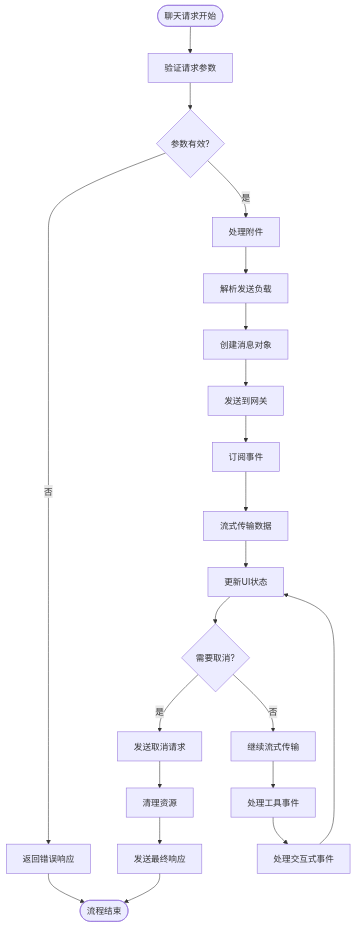
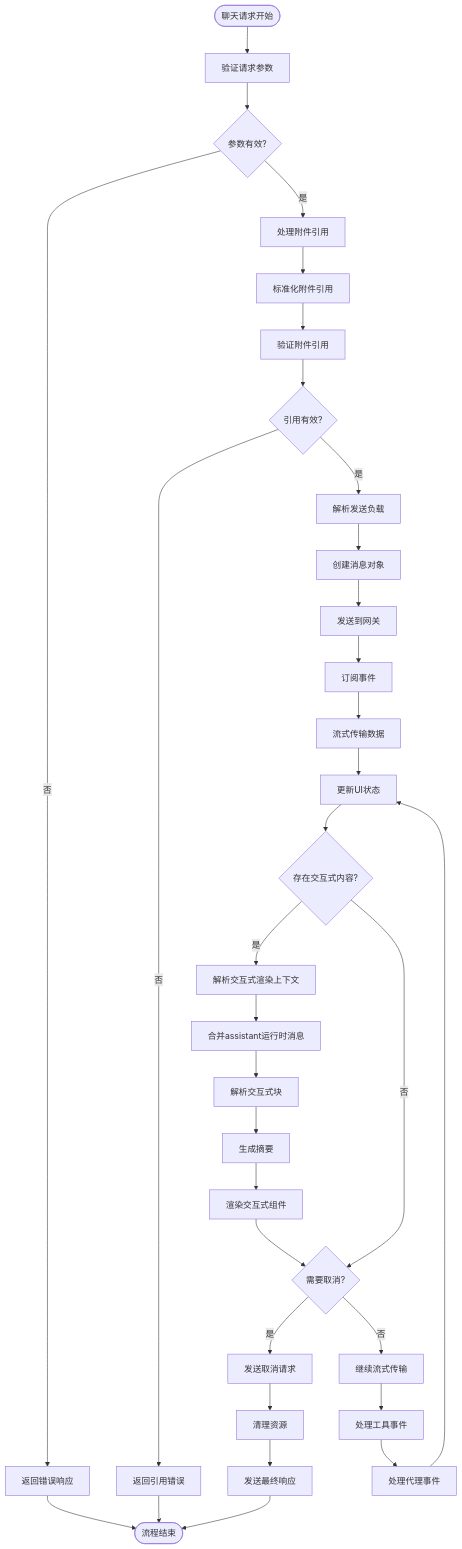
Before and after one commit to verse-ai-org/openclaw: the third of 39 diagrams in .qoder/repowiki/zh/content/Web界面/WebChat界面/聊天运行时提供者增强/聊天运行时提供者增强.md, drawn with Mermaid. The commit also changed other lines of this file and 86 other files, not shown here.

````diff
--- a/.qoder/repowiki/zh/content/Web界面/WebChat界面/聊天运行时提供者增强/聊天运行时提供者增强.md
+++ b/.qoder/repowiki/zh/content/Web界面/WebChat界面/聊天运行时提供者增强/聊天运行时提供者增强.md
@@ -272,23 +319,35 @@
 ```mermaid
 flowchart TD
 Start([聊天请求开始]) --> Validate["验证请求参数"]
 Validate --> Valid{"参数有效?"}
 Valid --> |否| ErrorResponse["返回错误响应"]
-Valid --> |是| ProcessAttachments["处理附件"]
-ProcessAttachments --> ParsePayload["解析发送负载"]
+Valid --> |是| ProcessAttachments["处理附件引用"]
+ProcessAttachments --> NormalizeRefs["标准化附件引用"]
+NormalizeRefs --> ValidateRefs["验证附件引用"]
+ValidateRefs --> ValidRefs{"引用有效?"}
+ValidRefs --> |否| RefError["返回引用错误"]
+ValidRefs --> |是| ParsePayload["解析发送负载"]
 ParsePayload --> CreateMessage["创建消息对象"]
 CreateMessage --> SendToGateway["发送到网关"]
 SendToGateway --> SubscribeToEvents["订阅事件"]
 SubscribeToEvents --> StreamData["流式传输数据"]
 StreamData --> UpdateUI["更新UI状态"]
-UpdateUI --> CheckCancel{"需要取消?"}
+UpdateUI --> CheckInteractive{"存在交互式内容?"}
+CheckInteractive --> |是| ResolveContext["解析交互式渲染上下文"]
+ResolveContext --> MergeAssistant["合并assistant运行时消息"]
+MergeAssistant --> ParseInteractive["解析交互式块"]
+ParseInteractive --> GenerateSummary["生成摘要"]
+GenerateSummary --> RenderInteractive["渲染交互式组件"]
+CheckInteractive --> |否| CheckCancel{"需要取消?"}
+RenderInteractive --> CheckCancel
 CheckCancel --> |是| CancelRequest["发送取消请求"]
 CheckCancel --> |否| ContinueStream["继续流式传输"]
 ContinueStream --> ProcessToolEvents["处理工具事件"]
-ProcessToolEvents --> ProcessInteractiveEvents["处理交互式事件"]
-ProcessInteractiveEvents --> UpdateUI
+ProcessToolEvents --> ProcessAgentEvents["处理代理事件"]
+ProcessAgentEvents --> UpdateUI
 CancelRequest --> Cleanup["清理资源"]
 Cleanup --> FinalResponse["发送最终响应"]
 ErrorResponse --> End([流程结束])
+RefError --> End
 FinalResponse --> End
 ```
````
